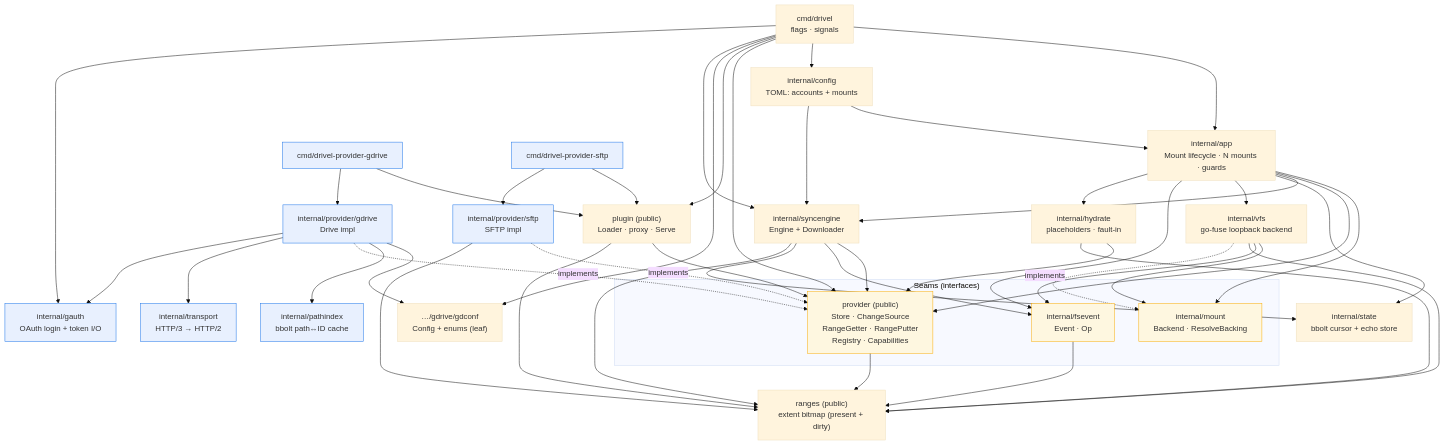
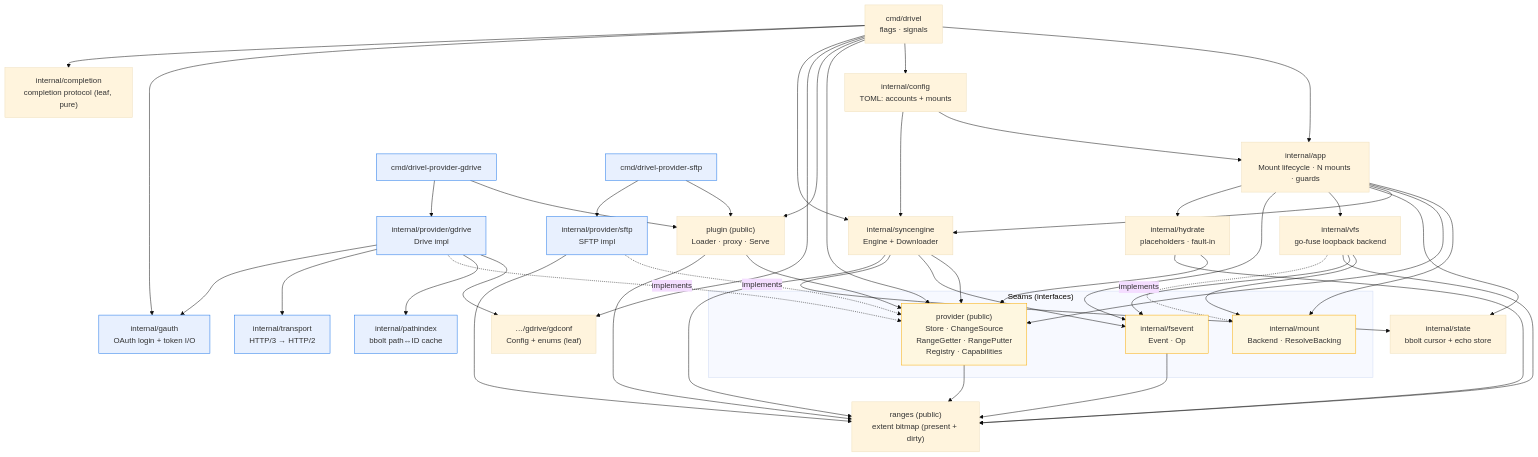
One commit to syshlted/drivel changed the second of 2 diagrams in docs/dev/architecture.md. Above: the diagram before and after it, drawn with Mermaid (base theme). The commit also changed 6 other files, not shown here.

```diff
--- a/docs/dev/architecture.md
+++ b/docs/dev/architecture.md
@@ -139,6 +139,7 @@
     sftpcmd["cmd/drivel-provider-sftp"]
     pathindex["internal/pathindex<br/>bbolt path↔ID cache"]
     gauth["internal/gauth<br/>OAuth login + token I/O"]
+    completion["internal/completion<br/>completion protocol (leaf, pure)"]
     transport["internal/transport<br/>HTTP/3 → HTTP/2"]
 
     main --> app
@@ -148,6 +149,7 @@
     main --> gdconf
     main --> syncengine
     main --> gauth
+    main --> completion
 
     pluginpkg --> provider
     pluginpkg --> rangespkg
```
